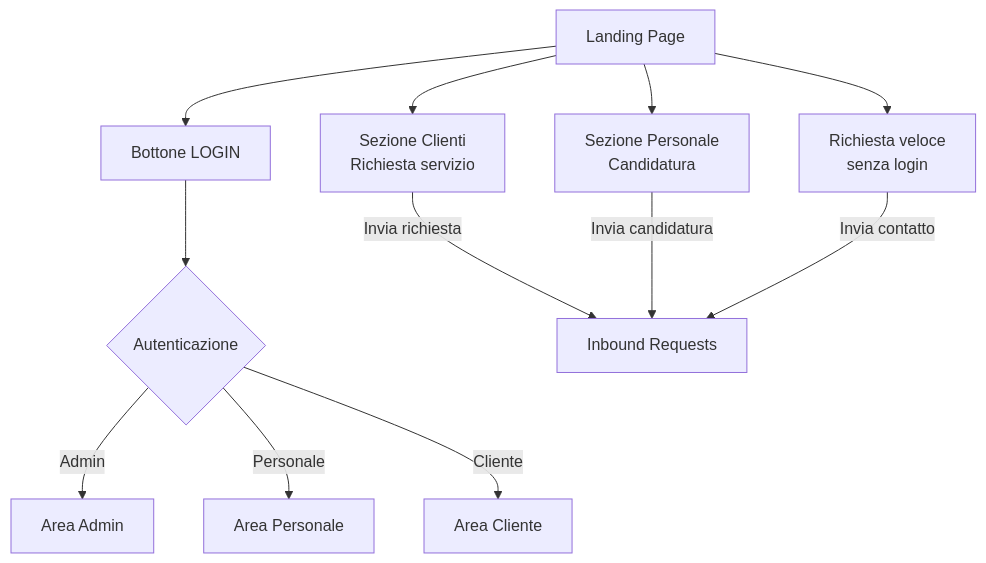
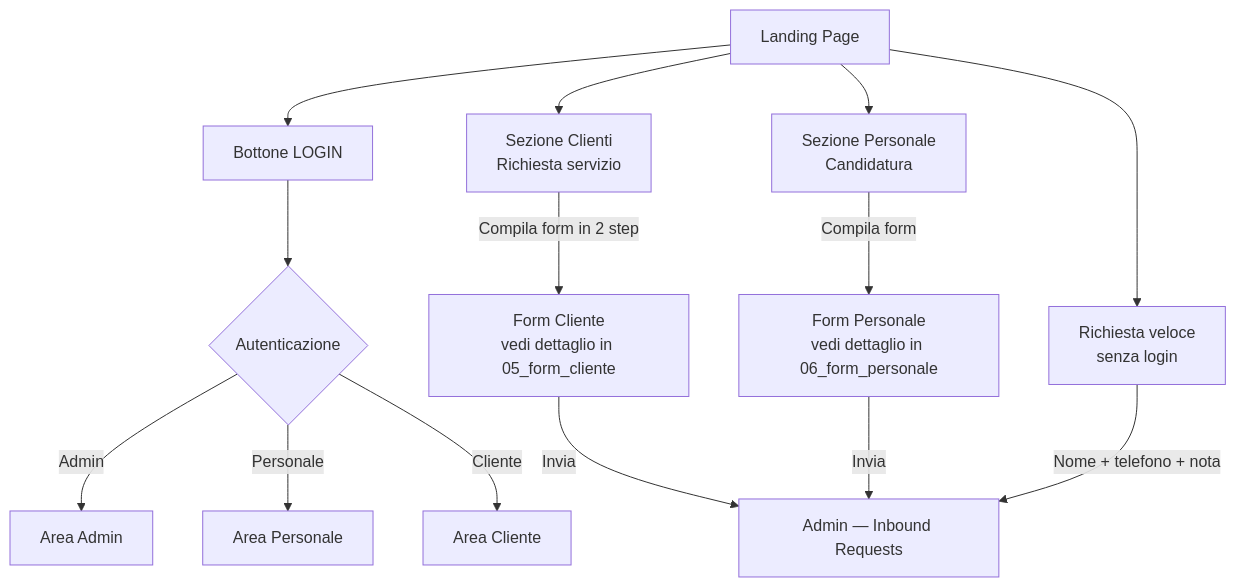
Before and after one commit to andreadimicco1/atlas-nevod: the diagram in milestone1/01_landing_page.md, drawn with Mermaid. The commit also changed 2 other files, not shown here.

Commit message:
Aggiunto form cliente con logica adattiva per tipo servizio

````diff
--- a/milestone1/01_landing_page.md
+++ b/milestone1/01_landing_page.md
@@ -18,18 +18,22 @@
 ```mermaid
 flowchart TD
     LP[Landing Page]
 
     LP --> LOGIN[Bottone LOGIN]
     LP --> RC[Sezione Clienti\nRichiesta servizio]
     LP --> RP[Sezione Personale\nCandidatura]
     LP --> RV[Richiesta veloce\nsenza login]
 
     LOGIN --> AUTH{Autenticazione}
     AUTH --> |Admin| ADMIN[Area Admin]
     AUTH --> |Personale| PERS[Area Personale]
     AUTH --> |Cliente| CLI[Area Cliente]
 
-    RC --> |Invia richiesta| IR[Inbound Requests]
-    RP --> |Invia candidatura| IR
-    RV --> |Invia contatto| IR
+    RC --> |Compila form in 2 step| FC[Form Cliente\nvedi dettaglio in 05_form_cliente]
+    FC --> |Invia| IR[Admin — Inbound Requests]
+
+    RP --> |Compila form| FP[Form Personale\nvedi dettaglio in 06_form_personale]
+    FP --> |Invia| IR
+
+    RV --> |Nome + telefono + nota| IR
 ```
````
